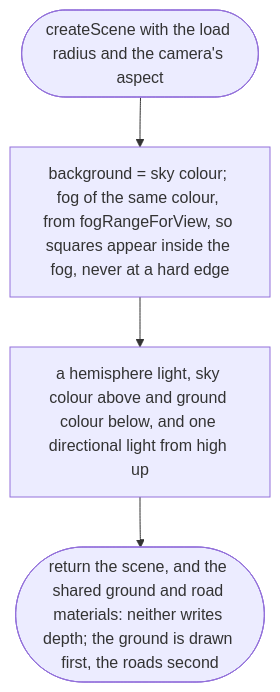
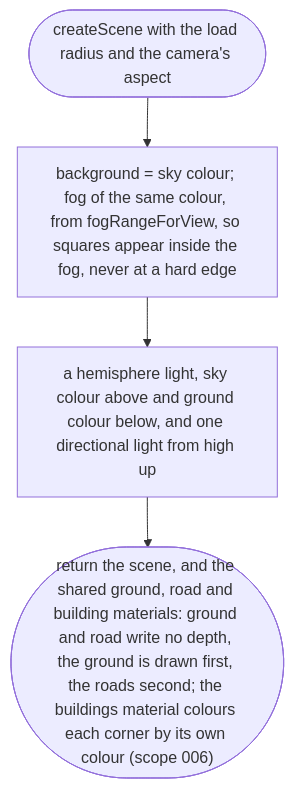
One commit to NewDara-Star/world-engine changed the second of 9 diagrams in docs/designs/src/game/scene.md. Above: the diagram before and after it, drawn with Mermaid. The commit also changed other lines of this file and 306 other files, not shown here.

First line of the commit message:
Scope 006: buildings from OpenStreetMap

````diff
--- a/docs/designs/src/game/scene.md
+++ b/docs/designs/src/game/scene.md
@@ -38,8 +38,8 @@
 ```mermaid
 flowchart TD
   s(["createScene with the load radius and the camera's aspect"])
   a["background = sky colour; fog of the same colour, from fogRangeForView, so squares appear inside the fog, never at a hard edge"]
   b["a hemisphere light, sky colour above and ground colour below, and one directional light from high up"]
-  c(["return the scene, and the shared ground and road materials: neither writes depth; the ground is drawn first, the roads second"])
+  c(["return the scene, and the shared ground, road and building materials: ground and road write no depth, the ground is drawn first, the roads second; the buildings material colours each corner by its own colour (scope 006)"])
   s --> a --> b --> c
 ```
````
